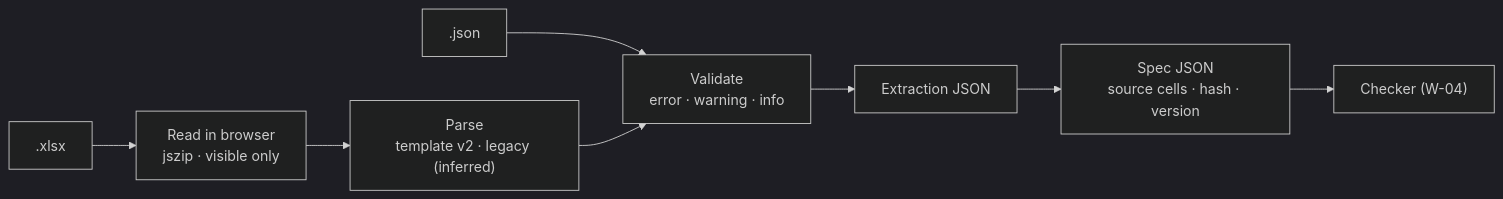
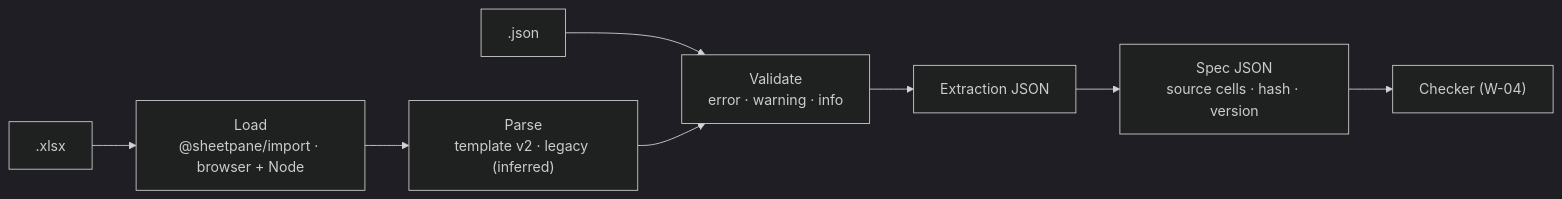
The diagram in work/open/W-02-excel-spec-comparison.md (arpitarya/pdf-testing-suite), drawn with Mermaid (dark theme) before and after one commit. The commit also changed other lines of this file and 10 other files, not shown here.

````diff
--- a/work/open/W-02-excel-spec-comparison.md
+++ b/work/open/W-02-excel-spec-comparison.md
@@ -27,10 +27,10 @@
 ```mermaid
 flowchart LR
-  X[".xlsx"] --> R["Read in browser<br/>jszip · visible only"]
+  X[".xlsx"] --> R["Load<br/>@sheetpane/import · browser + Node"]
   J[".json"] --> V
   R --> P["Parse<br/>template v2 · legacy (inferred)"]
   P --> V["Validate<br/>error · warning · info"]
   V --> E["Extraction JSON"]
   E --> S["Spec JSON<br/>source cells · hash · version"]
   S --> K["Checker (W-04)"]
 ```
````
